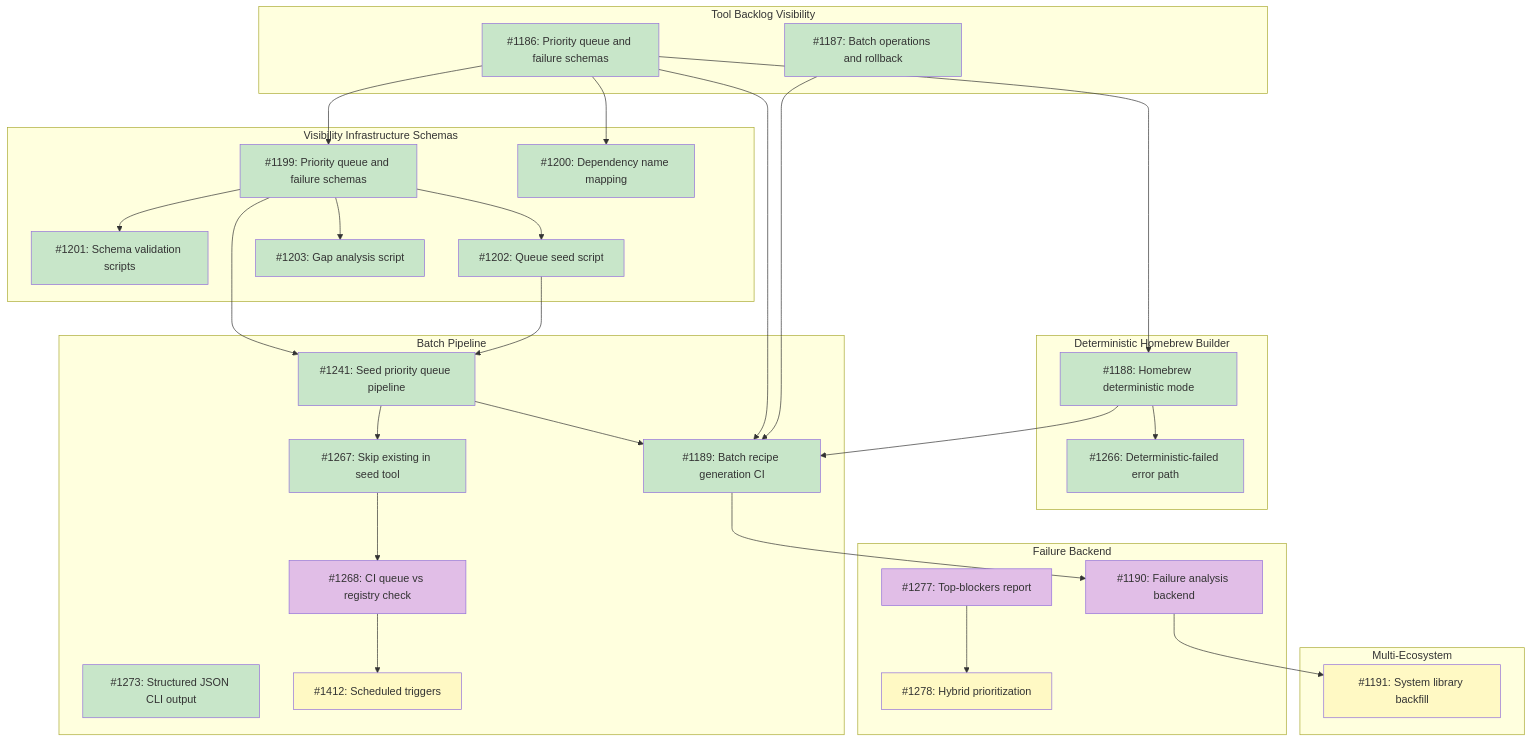
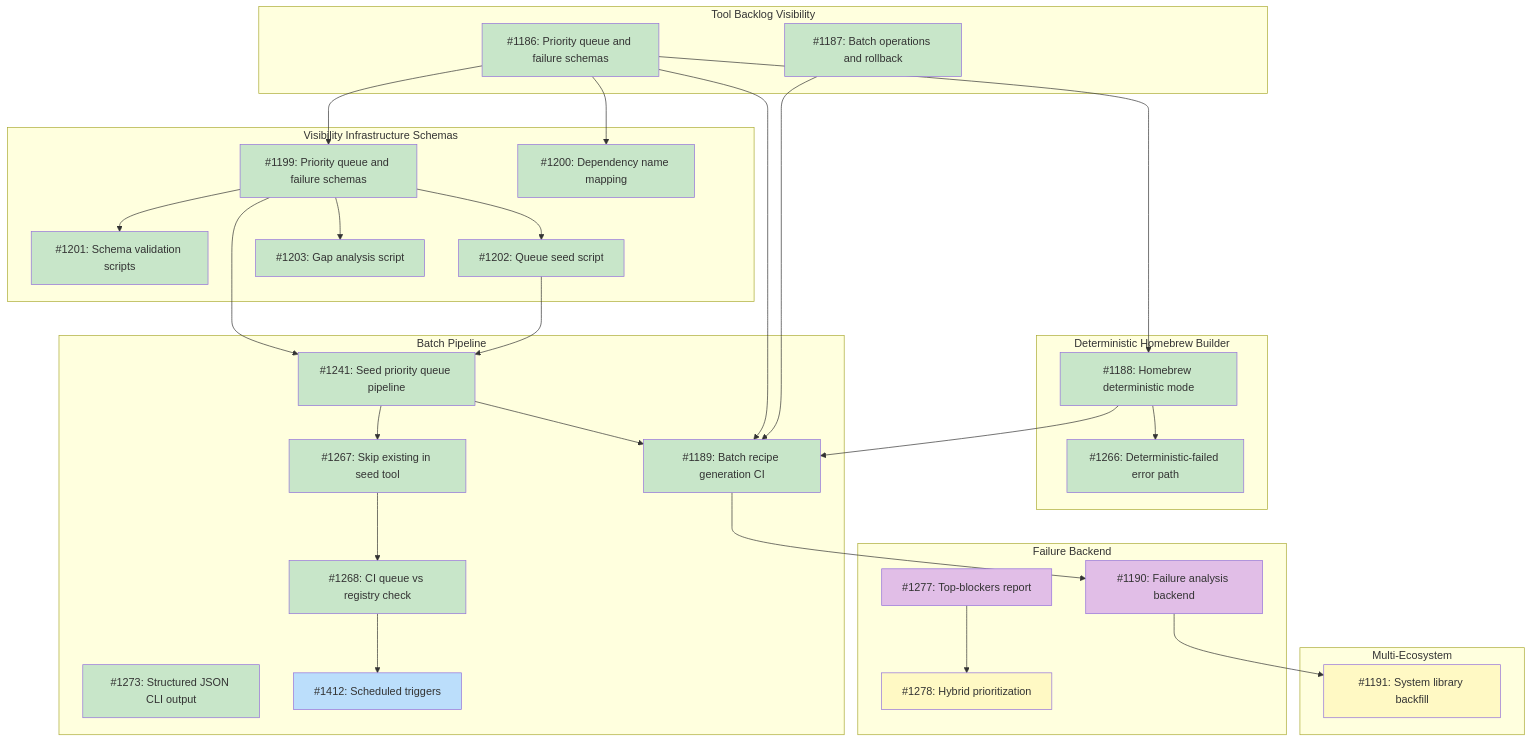
One commit to tsukumogami/tsuku changed the diagram in docs/designs/DESIGN-registry-scale-strategy.md. Above: the diagram before and after it, drawn with Mermaid. The commit also changed other lines of this file and 7 other files, not shown here.

````diff
--- a/docs/designs/DESIGN-registry-scale-strategy.md
+++ b/docs/designs/DESIGN-registry-scale-strategy.md
@@ -148,12 +148,12 @@
     class I1241 done
     class I1189 done
     class I1267 done
-    class I1268 needsDesign
+    class I1268 done
     class I1273 done
     class I1266 done
     class I1190 needsDesign
     class I1277 needsDesign
     class I1278 blocked
-    class I1412 blocked
+    class I1412 ready
     class I1191 blocked
 ```
````
